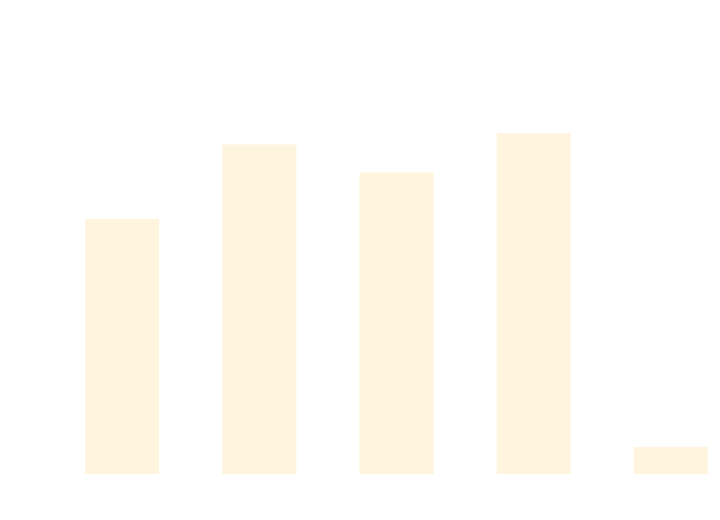
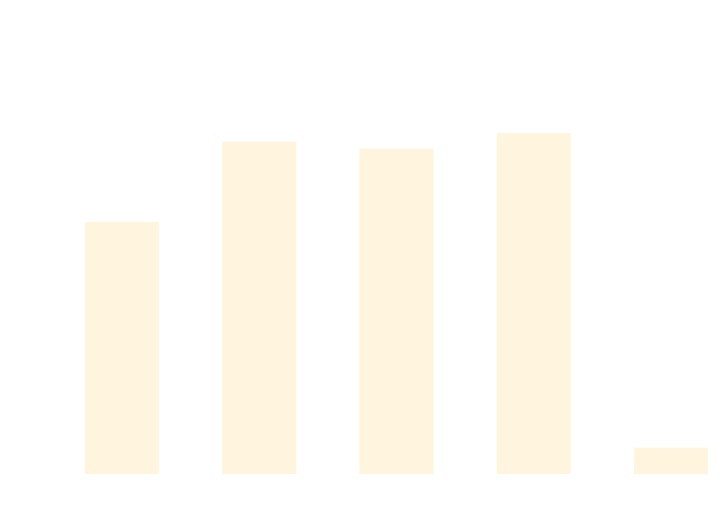
The diagram in docs/docs/benchmarks/ScaleTests.md (thomhurst/TUnit), drawn with Mermaid before and after one commit. The commit also changed other lines of this file and 17 other files, not shown here.

````diff
--- a/docs/docs/benchmarks/ScaleTests.md
+++ b/docs/docs/benchmarks/ScaleTests.md
@@ -27,37 +27,37 @@
 ```mermaid
 %%{init: {
   'theme':'base',
   'themeVariables': {
     'primaryColor': '#2563eb',
     'primaryTextColor': '#ffffff',
     'primaryBorderColor': '#1e40af',
     'lineColor': '#6b7280',
     'secondaryColor': '#7c3aed',
     'tertiaryColor': '#dc2626',
     'background': '#ffffff',
     'mainBkg': '#2563eb',
     'secondBkg': '#7c3aed',
     'tertiaryBkg': '#dc2626',
     'clusterBkg': '#f3f4f6',
     'edgeLabelBackground': '#ffffff',
     'tertiaryTextColor': '#1f2937',
     'pie1': '#2563eb',
     'pie2': '#7c3aed',
     'pie3': '#dc2626',
     'pie4': '#f59e0b',
     'pie5': '#10b981',
     'pie6': '#06b6d4',
     'pie7': '#ec4899',
     'pie8': '#6366f1',
     'pie9': '#84cc16',
     'pie10': '#f97316',
     'pie11': '#14b8a6',
     'pie12': '#a855f7'
   }
 }}%%
 xychart-beta
   title "ScaleTests Performance Comparison"
   x-axis ["TUnit", "NUnit", "MSTest", "xUnit3", "TUnit_AOT"]
-  y-axis "Time (ms)" 0 --> 728
-  bar [449.18, 585.45, 534.27, 606.45, 31.81]
+  y-axis "Time (ms)" 0 --> 769
+  bar [469, 623.7, 610.55, 640.39, 32.4]
 ```
````
